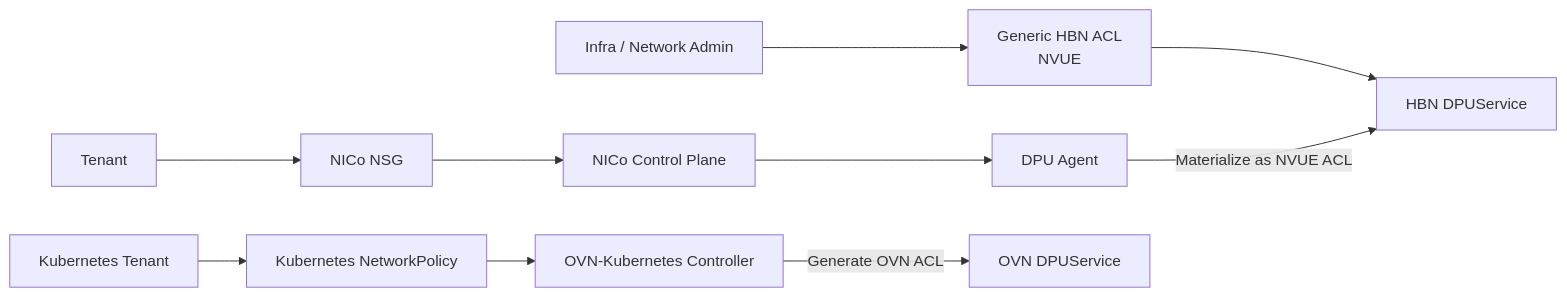
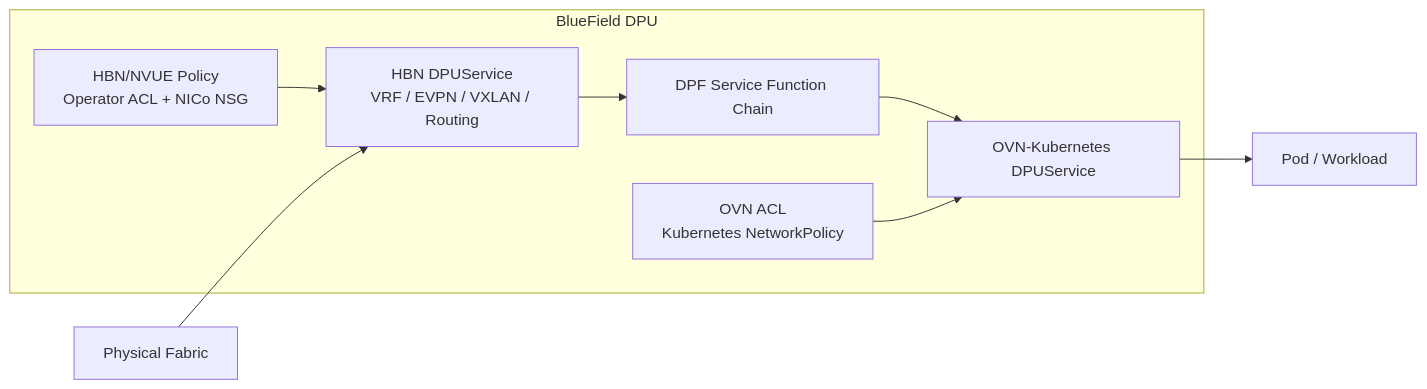
The third of 3 diagrams in _posts/2026-09-04-AIFactory_DPUHBN_TenantNetworkIsolation.md (hdimmfh/hdimmfh.github.io), drawn with Mermaid before and after one commit. The commit also changed other lines of this file, not shown here.

````diff
--- a/_posts/2026-09-04-AIFactory_DPUHBN_TenantNetworkIsolation.md
+++ b/_posts/2026-09-04-AIFactory_DPUHBN_TenantNetworkIsolation.md
@@ -343,29 +419,24 @@
 ```mermaid
 flowchart LR
 
-    ADMIN["Infra / Network Admin"]
-    TENANT["Tenant"]
-    KTENANT["Kubernetes Tenant"]
+    FABRIC["Physical Fabric"]
 
-    HACL["Generic HBN ACL<br/>NVUE"]
-    NSG["NICo NSG"]
-    NP["Kubernetes NetworkPolicy"]
+    subgraph DPU["BlueField DPU"]
 
-    NICO["NICo Control Plane"]
-    AGENT["DPU Agent"]
-    OVNK["OVN-Kubernetes Controller"]
+        HBN["HBN DPUService<br/>VRF / EVPN / VXLAN / Routing"]
+        HPOL["HBN/NVUE Policy<br/>Operator ACL + NICo NSG"]
+        SFC["DPF Service Function Chain"]
+        OVN["OVN-Kubernetes DPUService"]
+        OPOL["OVN ACL<br/>Kubernetes NetworkPolicy"]
 
-    HBN["HBN DPUService"]
-    OVN["OVN DPUService"]
+        HPOL --> HBN
+        HBN --> SFC --> OVN
+        OPOL --> OVN
 
-    ADMIN --> HACL --> HBN
+    end
 
-    TENANT --> NSG
-    NSG --> NICO
-    NICO --> AGENT
-    AGENT -->|"Materialize as NVUE ACL"| HBN
+    POD["Pod / Workload"]
 
-    KTENANT --> NP
-    NP --> OVNK
-    OVNK -->|"Generate OVN ACL"| OVN
+    FABRIC --> HBN
+    OVN --> POD
 ```
````
